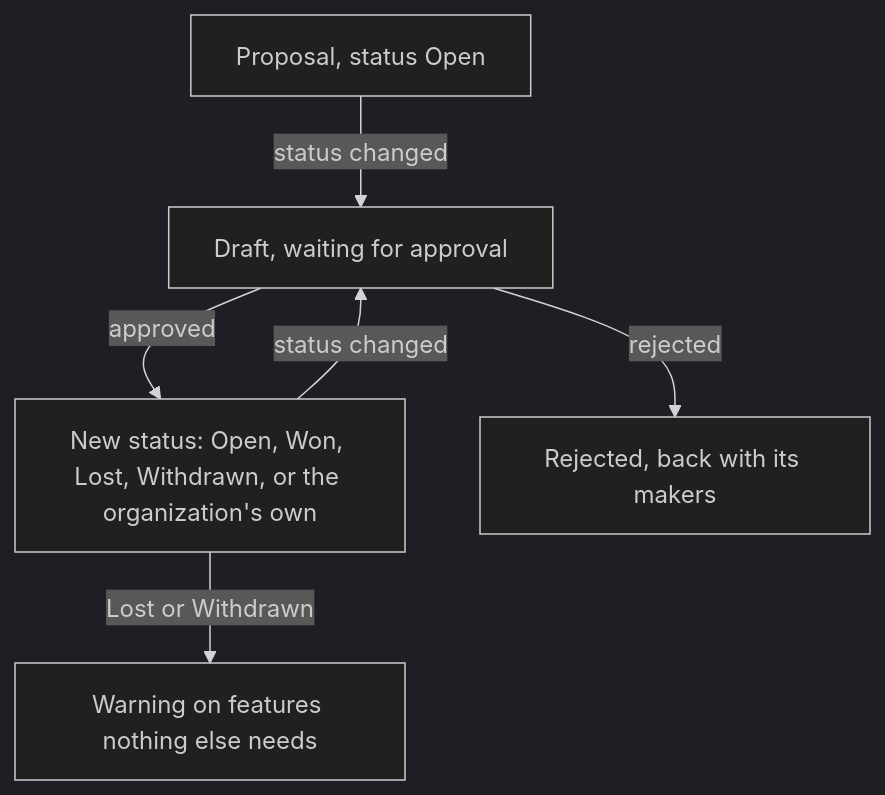
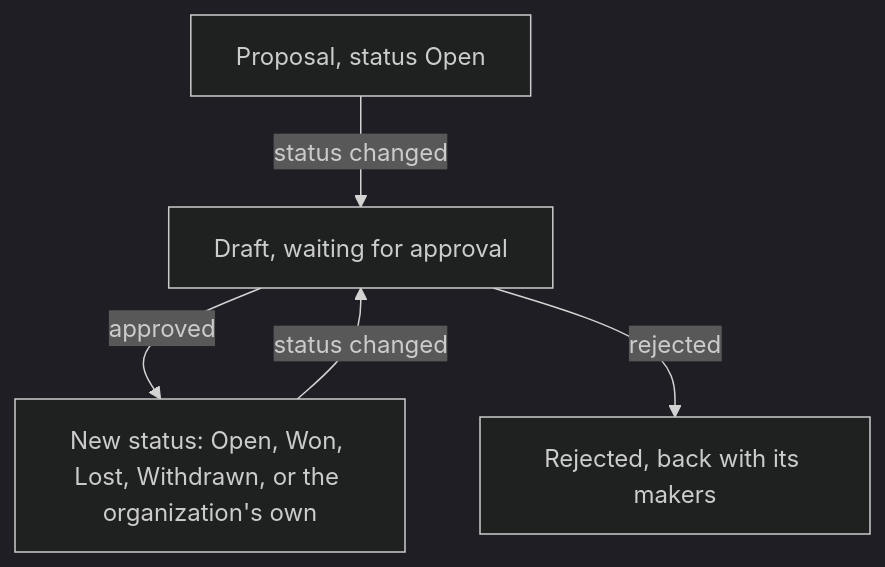
The first of 2 diagrams in docs/product/use-cases.md (ribbitworks/fathom), drawn with Mermaid (dark theme) before and after one commit. The commit also changed other lines of this file and 45 other files, not shown here.

````diff
--- a/docs/product/use-cases.md
+++ b/docs/product/use-cases.md
@@ -24,8 +24,7 @@
 ```mermaid
 flowchart TD
     open[Proposal, status Open] -->|status changed| draft[Draft, waiting for approval]
     draft -->|approved| status[New status: Open, Won, Lost, Withdrawn, or the organization's own]
     draft -->|rejected| rejected[Rejected, back with its makers]
     status -->|status changed| draft
-    status -->|Lost or Withdrawn| warn[Warning on features nothing else needs]
 ```
````
